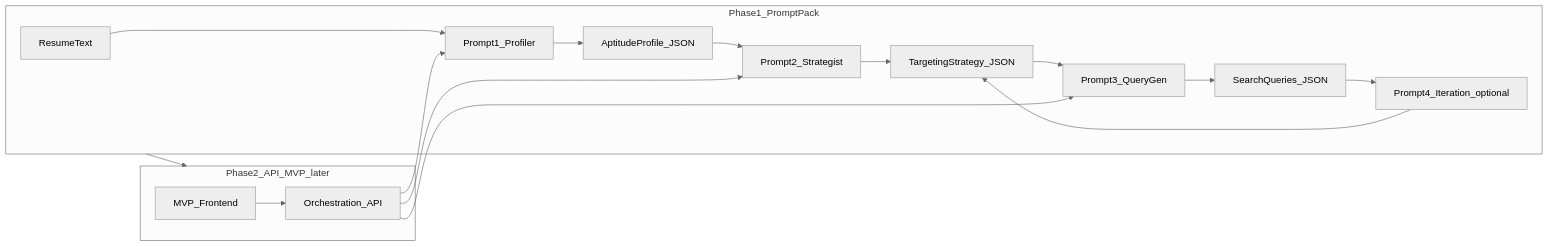
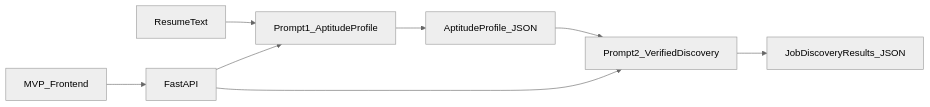
One commit to mattburnett-repo/aptitude-search changed the diagram in .cursor/plans/aptitude-search-build.plan.md. Above: the diagram before and after it, drawn with Mermaid (neutral theme). The commit also changed other lines of this file and 12 other files, not shown here.

````diff
--- a/.cursor/plans/aptitude-search-build.plan.md
+++ b/.cursor/plans/aptitude-search-build.plan.md
@@ -59,20 +52,10 @@
 ```mermaid
 flowchart LR
-  subgraph phase1 [Phase1_PromptPack]
-    R[ResumeText] --> P1[Prompt1_Profiler]
-    P1 --> AP[AptitudeProfile_JSON]
-    AP --> P2[Prompt2_Strategist]
-    P2 --> TS[TargetingStrategy_JSON]
-    TS --> P3[Prompt3_QueryGen]
-    P3 --> SQ[SearchQueries_JSON]
-    SQ --> P4[Prompt4_Iteration_optional]
-    P4 --> TS
-  end
-  subgraph phase2 [Phase2_API_MVP_later]
-    FE[MVP_Frontend] --> API[Orchestration_API]
-    API --> P1
-    API --> P2
-    API --> P3
-  end
-  phase1 --> phase2
+  R[ResumeText] --> P1[Prompt1_AptitudeProfile]
+  P1 --> AP[AptitudeProfile_JSON]
+  AP --> P2[Prompt2_VerifiedDiscovery]
+  P2 --> JD[JobDiscoveryResults_JSON]
+  FE[MVP_Frontend] --> API[FastAPI]
+  API --> P1
+  API --> P2
 ```
````
